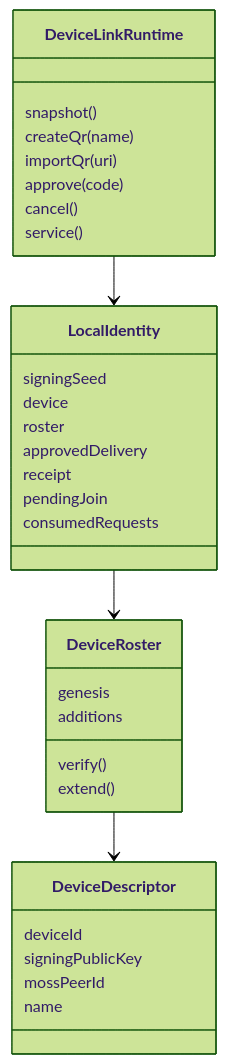
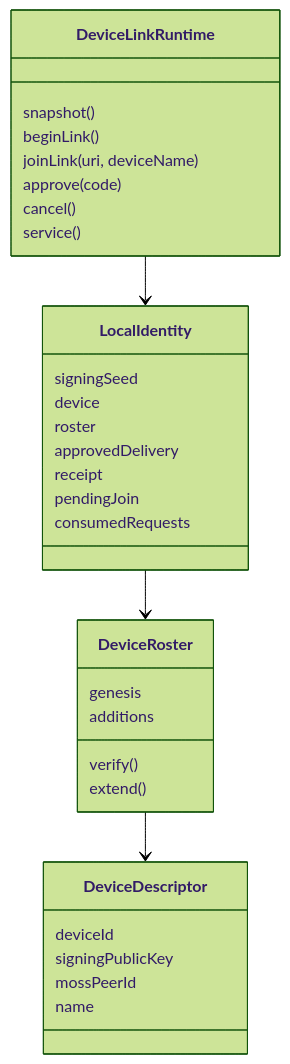
Before and after one commit to redstone-md/mosh-flutter: the first of 3 diagrams in docs/ADR/0029-private-desktop-device-linking.md, drawn with Mermaid (forest theme). The commit also changed other lines of this file and 55 other files, not shown here.

````diff
--- a/docs/ADR/0029-private-desktop-device-linking.md
+++ b/docs/ADR/0029-private-desktop-device-linking.md
@@ -14,35 +14,35 @@
 ```mermaid
 classDiagram
     class DeviceLinkRuntime {
         snapshot()
-        createQr(name)
-        importQr(uri)
+        beginLink()
+        joinLink(uri, deviceName)
         approve(code)
         cancel()
         service()
     }
     class LocalIdentity {
         signingSeed
         device
         roster
         approvedDelivery
         receipt
         pendingJoin
         consumedRequests
     }
     class DeviceRoster {
         genesis
         additions
         verify()
         extend()
     }
     class DeviceDescriptor {
         deviceId
         signingPublicKey
         mossPeerId
         name
     }
     DeviceLinkRuntime --> LocalIdentity
     LocalIdentity --> DeviceRoster
     DeviceRoster --> DeviceDescriptor
 ```
````
